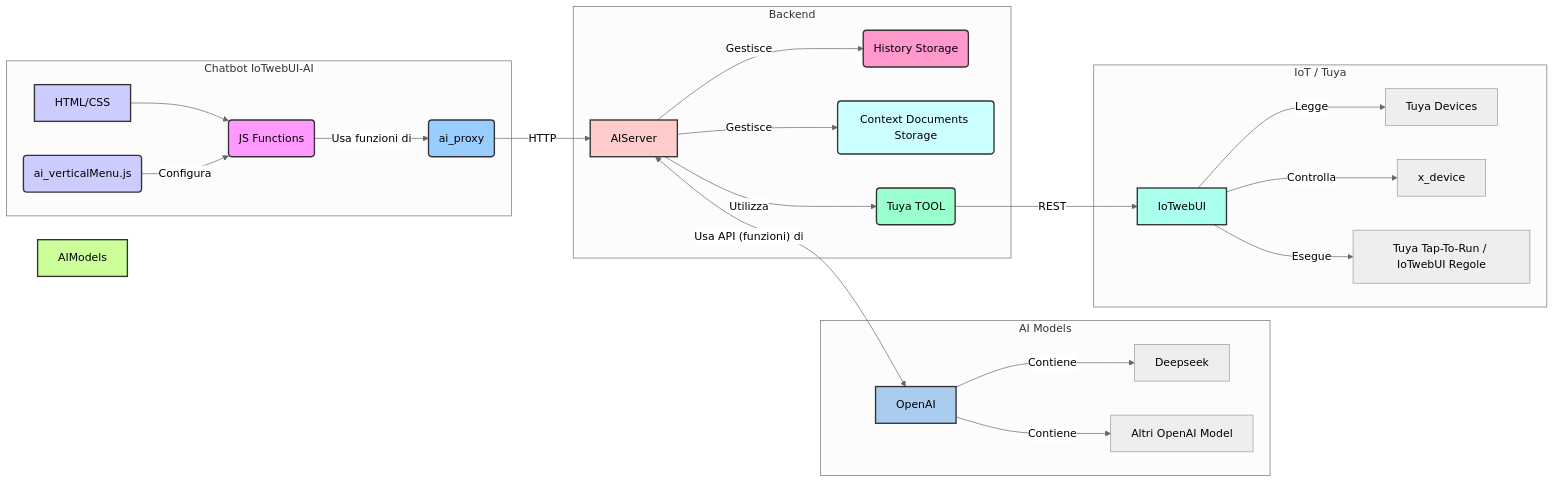
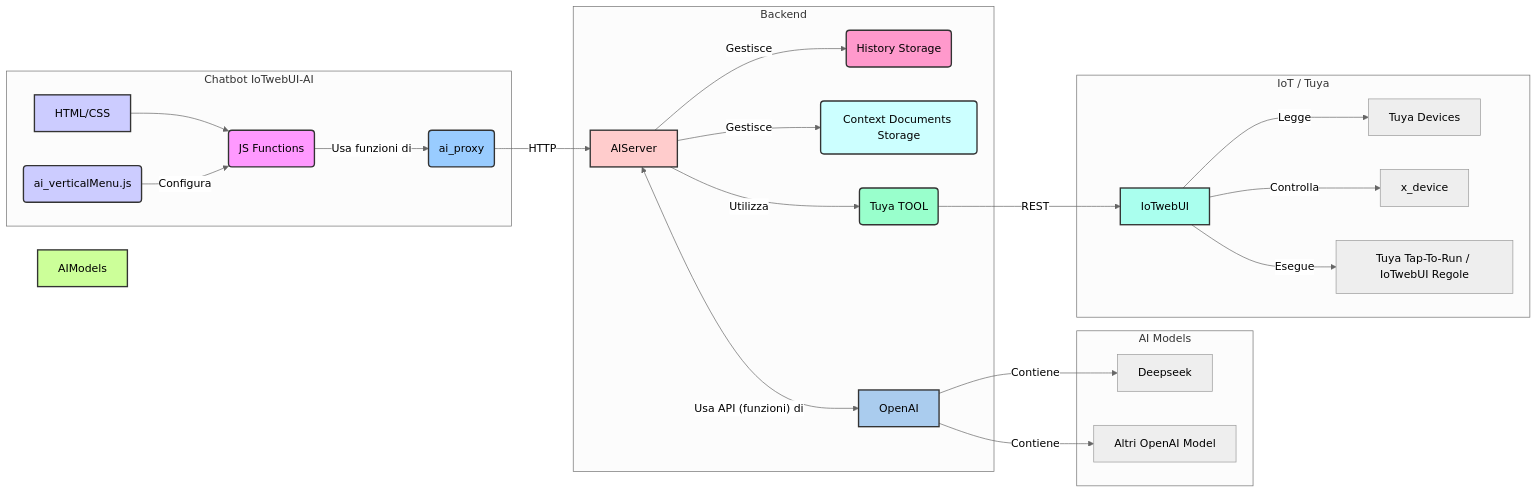
The diagram in IOTwebUI-AI/LEGGIMI.md (msillano/IoTwebUI), drawn with Mermaid before and after one commit. The commit also changed other lines of this file, not shown here.

````diff
--- a/IOTwebUI-AI/LEGGIMI.md
+++ b/IOTwebUI-AI/LEGGIMI.md
@@ -12,40 +12,40 @@
 ```mermaid
 %%{init: {'theme': 'neutral'}}%%
 graph LR
     subgraph Chatbot IoTwebUI-AI
         style UI fill:#ccf,stroke:#333,stroke-width:2px
         style UI_JS fill:#f9f,stroke:#333,stroke-width:2px
         style UI_Menu fill:#ccf,stroke:#333,stroke-width:2px
         UI[HTML/CSS] --> UI_JS(JS Functions);
         UI_Menu(ai_verticalMenu.js) -- Configura --> UI_JS;
         UI_JS -- Usa funzioni di --> Proxy(ai_proxy);
     end
 
     subgraph Backend
         style Proxy fill:#9cf,stroke:#333,stroke-width:2px
         style AIServer fill:#fcc,stroke:#333,stroke-width:2px
         style HistoryDB fill:#f9c,stroke:#333,stroke-width:2px
         style ContextFiles fill:#cff,stroke:#333,stroke-width:2px
         Proxy -- HTTP --> AIServer;
+        AIServer <-- Usa API (funzioni) di --> OpenAI;
         AIServer -- Gestisce --> HistoryDB(History Storage);
         AIServer -- Gestisce --> ContextFiles(Context Documents Storage);
         AIServer -- Utilizza   --> IoT(Tuya TOOL);
     end
 
     subgraph AI Models
         style AIModels fill:#cf9,stroke:#333,stroke-width:2px
         style OpenAI fill:#ace,stroke:#333,stroke-width:2px
-        AIServer <-- Usa API (funzioni) di --> OpenAI;
         OpenAI -- Contiene --> Deepseek;
         OpenAI -- Contiene --> GPTModels[Altri OpenAI Model];
      end
 
     subgraph IoT / Tuya
         style IoT fill:#9fc,stroke:#333,stroke-width:2px
         style IoTwebUI fill:#afe,stroke:#333,stroke-width:2px
         IoT -- REST --> IoTwebUI;
         IoTwebUI -- Legge -->     TuyaDevices[Tuya Devices];
         IoTwebUI -- Controlla --> x_device;
         IoTwebUI -- Esegue --> TuyaAutomations[Tuya Tap-To-Run / IoTwebUI Regole];
     end
 ```
````
